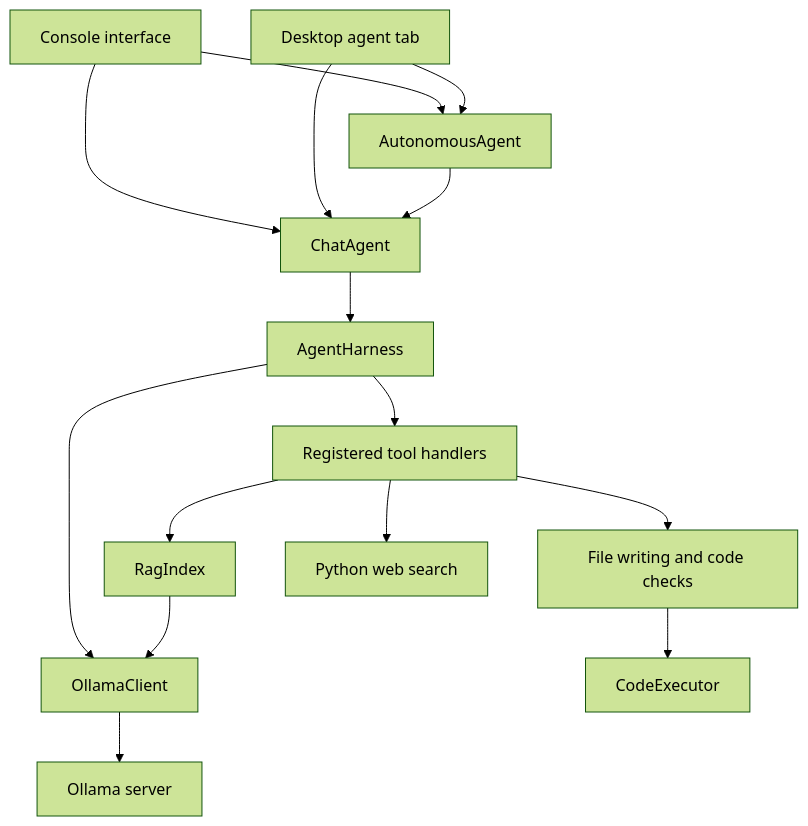
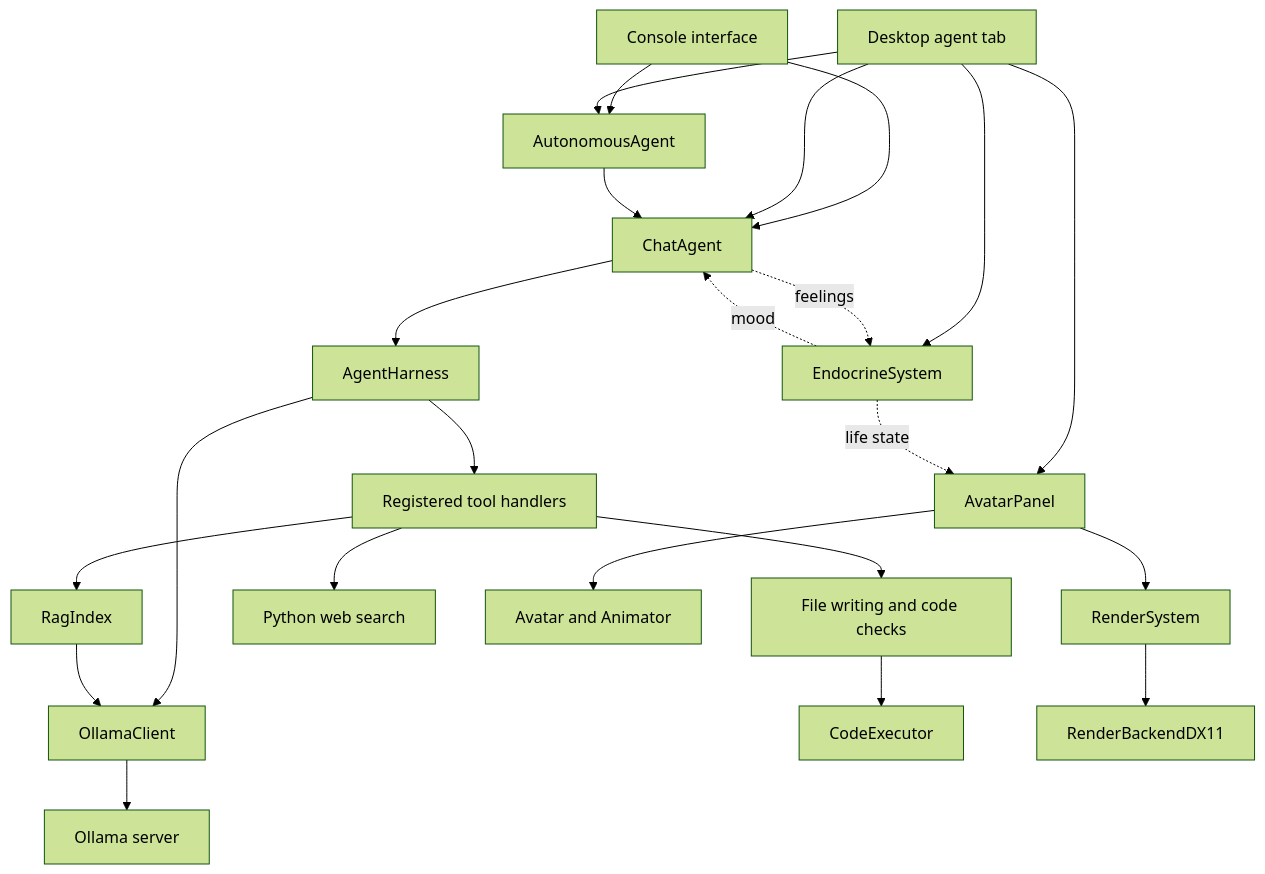
One commit to JC4Job/Local-AI-Agent changed the second of 2 diagrams in README.md. Above: the diagram before and after it, drawn with Mermaid (forest theme). The commit also changed other lines of this file and 33 other files, not shown here.

````diff
--- a/README.md
+++ b/README.md
@@ -420,17 +879,25 @@
 ```mermaid
 flowchart TD
     CLI[Console interface] --> Chat[ChatAgent]
     GUI[Desktop agent tab] --> Chat
     CLI --> Auto[AutonomousAgent]
     GUI --> Auto
     Auto --> Chat
     Chat --> Harness[AgentHarness]
     Harness --> Client[OllamaClient]
     Client --> Ollama[Ollama server]
     Harness --> Tools[Registered tool handlers]
     Tools --> RAG[RagIndex]
     RAG --> Client
     Tools --> Files[File writing and code checks]
     Files --> Exec[CodeExecutor]
     Tools --> Web[Python web search]
+    GUI --> Body[EndocrineSystem]
+    Chat -. feelings .-> Body
+    Body -. mood .-> Chat
+    GUI --> Panel[AvatarPanel]
+    Body -. life state .-> Panel
+    Panel --> Avatar[Avatar and Animator]
+    Panel --> Render[RenderSystem]
+    Render --> DX11[RenderBackendDX11]
 ```
````
